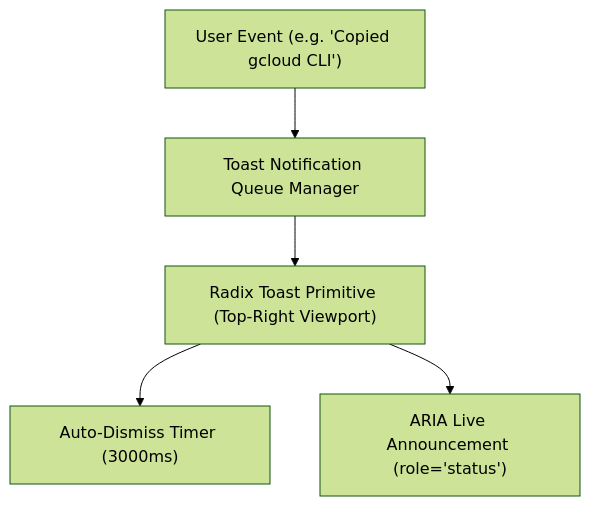
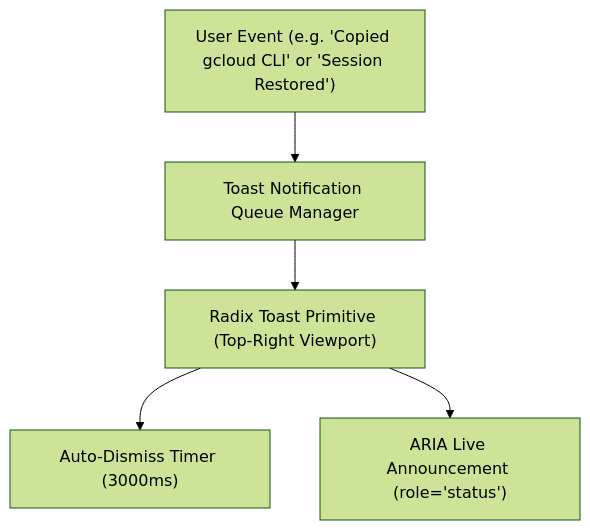
Before and after one commit to NovaLogicDev/FilesOfBaSingSe: the third of 5 diagrams in docs/requirements/auxiliary_and_supporting_components_specification.md, drawn with Mermaid (forest theme). The commit also changed other lines of this file and 12 other files, not shown here.

````diff
--- a/docs/requirements/auxiliary_and_supporting_components_specification.md
+++ b/docs/requirements/auxiliary_and_supporting_components_specification.md
@@ -103,7 +104,7 @@
 ```mermaid
 flowchart TD
-    Action["User Event (e.g. 'Copied gcloud CLI')"] --> Queue["Toast Notification Queue Manager"]
+    Action["User Event (e.g. 'Copied gcloud CLI' or 'Session Restored')"] --> Queue["Toast Notification Queue Manager"]
     Queue --> Toast["Radix Toast Primitive (Top-Right Viewport)"]
     Toast --> AutoDismiss["Auto-Dismiss Timer (3000ms)"]
     Toast --> ScreenReader["ARIA Live Announcement (role='status')"]
 ```
````
